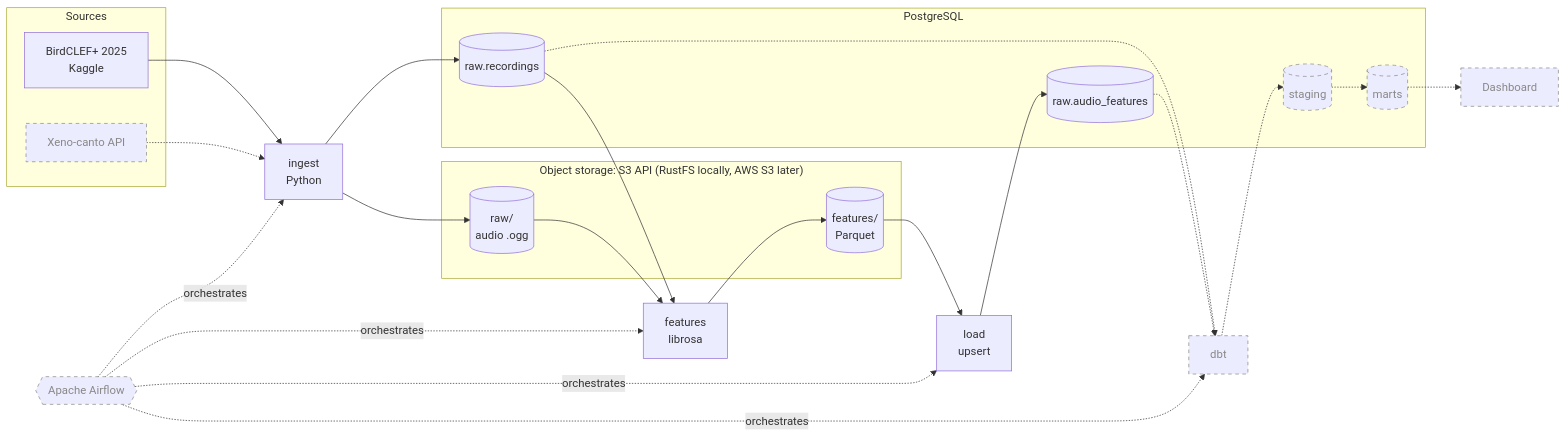
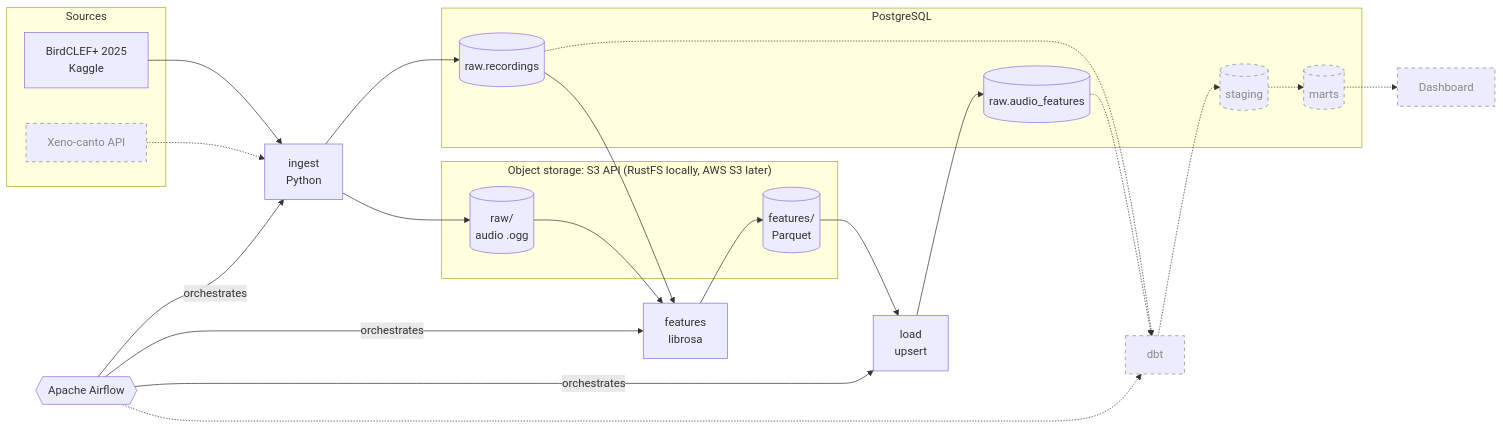
Before and after one commit to Dres3223/soundscape-data-pipeline: the diagram in README.md, drawn with Mermaid. The commit also changed other lines of this file and 6 other files, not shown here.

First line of the commit message:
feat(dags): orchestrate ingest, features and load with Airflow

````diff
--- a/README.md
+++ b/README.md
@@ -9,39 +9,40 @@
 ```mermaid
 flowchart LR
     subgraph sources["Sources"]
         kaggle["BirdCLEF+ 2025<br/>Kaggle"]
         xenocanto["Xeno-canto API"]:::planned
     end
 
     subgraph s3["Object storage: S3 API (RustFS locally, AWS S3 later)"]
         raw[("raw/<br/>audio .ogg")]
         parquet[("features/<br/>Parquet")]
     end
 
     subgraph pg["PostgreSQL"]
         recordings[("raw.recordings")]
         audiofeatures[("raw.audio_features")]
         staging[("staging")]:::planned
         marts[("marts")]:::planned
     end
 
     ingest["ingest<br/>Python"]
     features["features<br/>librosa"]
     load["load<br/>upsert"]
     dbt["dbt"]:::planned
     dashboard["Dashboard"]:::planned
-    airflow{{"Apache Airflow"}}:::planned
+    airflow{{"Apache Airflow"}}
 
     kaggle --> ingest
     xenocanto -.-> ingest
     ingest --> raw
     ingest --> recordings
     raw --> features --> parquet
     recordings --> features
     parquet --> load --> audiofeatures
     recordings & audiofeatures -.-> dbt
     dbt -.-> staging -.-> marts -.-> dashboard
-    airflow -. orchestrates .-> ingest & features & load & dbt
+    airflow -- orchestrates --> ingest & features & load
+    airflow -.-> dbt
 
     classDef planned stroke-dasharray: 5 5, color:#888, stroke:#888
 ```
````
